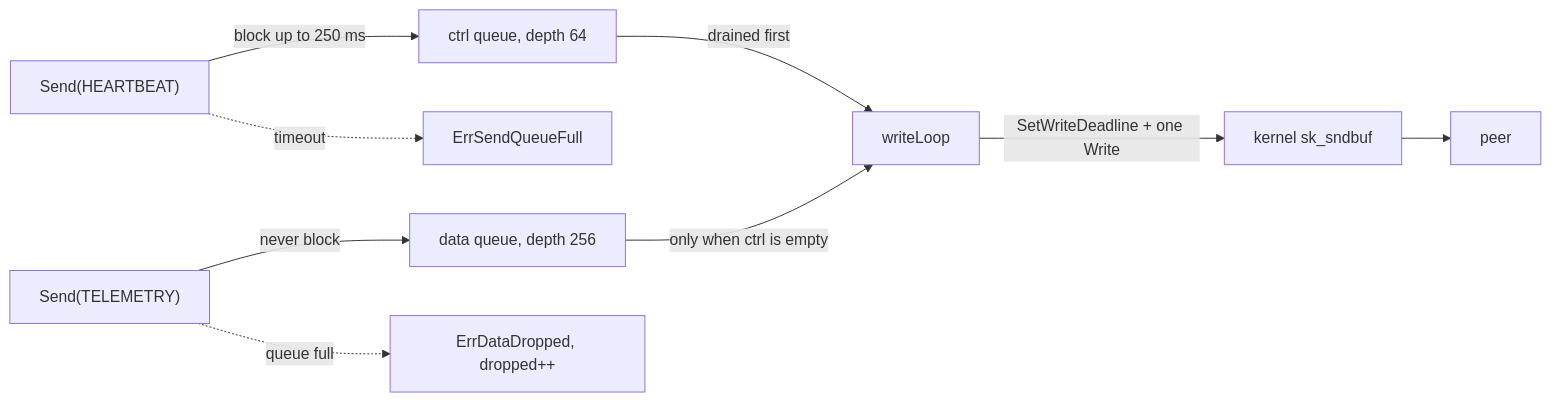
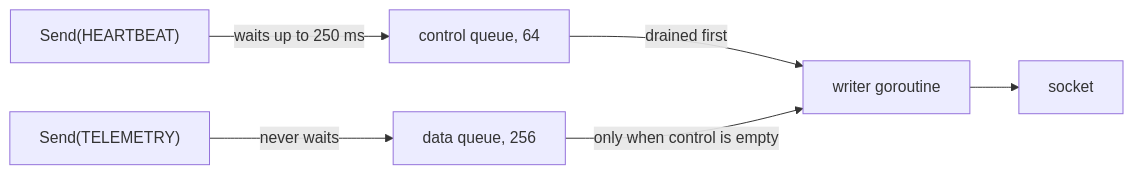
One commit to Aditya-Jyoti/swarm-communication changed the diagram in docs/concepts/backpressure-and-bounded-queues.md. Above: the diagram before and after it, drawn with Mermaid. The commit also changed other lines of this file and 3 other files, not shown here.

````diff
--- a/docs/concepts/backpressure-and-bounded-queues.md
+++ b/docs/concepts/backpressure-and-bounded-queues.md
@@ -29,11 +18,8 @@
 ```mermaid
 flowchart LR
-    S1["Send(HEARTBEAT)"] -->|"block up to 250 ms"| CTRL["ctrl queue, depth 64"]
-    S2["Send(TELEMETRY)"] -->|"never block"| DATA["data queue, depth 256"]
-    CTRL -->|"drained first"| W["writeLoop"]
-    DATA -->|"only when ctrl is empty"| W
-    W -->|"SetWriteDeadline + one Write"| K["kernel sk_sndbuf"]
-    K --> P["peer"]
-    S1 -.->|"timeout"| E1["ErrSendQueueFull"]
-    S2 -.->|"queue full"| E2["ErrDataDropped, dropped++"]
+    H["Send(HEARTBEAT)"] -->|"waits up to 250 ms"| C["control queue, 64"]
+    T["Send(TELEMETRY)"] -->|"never waits"| D["data queue, 256"]
+    C -->|"drained first"| W[writer goroutine]
+    D -->|"only when control is empty"| W
+    W --> S[socket]
 ```
````
